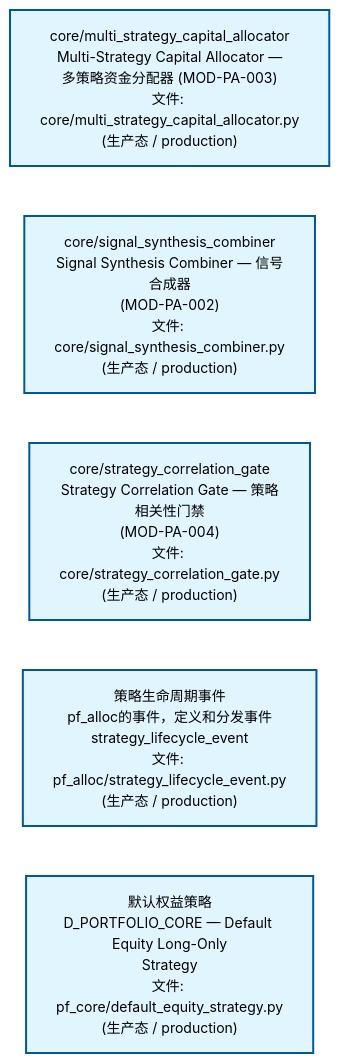
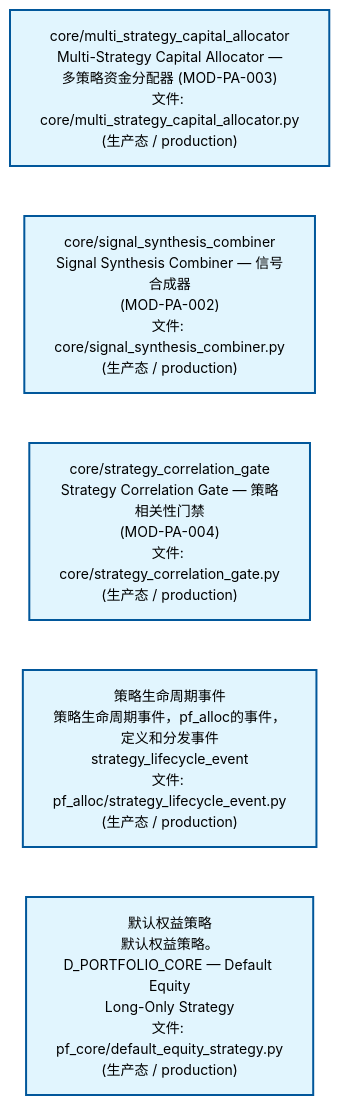
The second of 4 diagrams in docs/02_enterprise_architecture/02_domain_architecture_docs/62_d_pf_alloc.md (xuanFelixVan/ZephyrAlpha), drawn with Mermaid before and after one commit. The commit also changed other lines of this file and 63 other files, not shown here.

````diff
--- a/docs/02_enterprise_architecture/02_domain_architecture_docs/62_d_pf_alloc.md
+++ b/docs/02_enterprise_architecture/02_domain_architecture_docs/62_d_pf_alloc.md
@@ -99,18 +99,18 @@
 ```mermaid
 %%{init: {'theme': 'base', 'themeVariables': {'primaryColor': '#eaeaea', 'primaryTextColor': '#333333', 'primaryBorderColor': '#666666', 'lineColor': '#666666', 'secondaryColor': '#eaeaea', 'tertiaryColor': '#eaeaea', 'fontSize': '14px'}}}%%
 flowchart TD
     src_zephyr_pf_alloc_core_multi_strategy_capital_allocator_py["core/multi_strategy_capital_allocator<br/>Multi-Strategy Capital Allocator —<br/>多策略资金分配器 (MOD-PA-003)<br/>文件: core/multi_strategy_capital_allocator.py<br/>(生产态 / production)"]
     src_zephyr_pf_alloc_core_signal_synthesis_combiner_py["core/signal_synthesis_combiner<br/>Signal Synthesis Combiner — 信号合成器<br/>(MOD-PA-002)<br/>文件: core/signal_synthesis_combiner.py<br/>(生产态 / production)"]
     src_zephyr_pf_alloc_core_strategy_correlation_gate_py["core/strategy_correlation_gate<br/>Strategy Correlation Gate — 策略相关性门禁<br/>(MOD-PA-004)<br/>文件: core/strategy_correlation_gate.py<br/>(生产态 / production)"]
-    src_zephyr_pf_alloc_strategy_lifecycle_event_py["策略生命周期事件<br/>pf_alloc的事件，定义和分发事件<br/>strategy_lifecycle_event<br/>文件: pf_alloc/strategy_lifecycle_event.py<br/>(生产态 / production)"]
-    src_zephyr_pf_core_default_equity_strategy_py["默认权益策略<br/>D_PORTFOLIO_CORE — Default Equity Long-Only<br/>Strategy<br/>文件: pf_core/default_equity_strategy.py<br/>(生产态 / production)"]
+    src_zephyr_pf_alloc_strategy_lifecycle_event_py["策略生命周期事件<br/>策略生命周期事件，pf_alloc的事件，定义和分发事件<br/>strategy_lifecycle_event<br/>文件: pf_alloc/strategy_lifecycle_event.py<br/>(生产态 / production)"]
+    src_zephyr_pf_core_default_equity_strategy_py["默认权益策略<br/>默认权益策略。D_PORTFOLIO_CORE — Default Equity<br/>Long-Only Strategy<br/>文件: pf_core/default_equity_strategy.py<br/>(生产态 / production)"]
     src_zephyr_pf_alloc_core_multi_strategy_capital_allocator_py ~~~ src_zephyr_pf_alloc_core_signal_synthesis_combiner_py
     src_zephyr_pf_alloc_core_signal_synthesis_combiner_py ~~~ src_zephyr_pf_alloc_core_strategy_correlation_gate_py
     src_zephyr_pf_alloc_core_strategy_correlation_gate_py ~~~ src_zephyr_pf_alloc_strategy_lifecycle_event_py
     src_zephyr_pf_alloc_strategy_lifecycle_event_py ~~~ src_zephyr_pf_core_default_equity_strategy_py
     classDef production fill:#e1f5fe,stroke:#01579b,stroke-width:2px,color:#000
     classDef design fill:#fff3e0,stroke:#e65100,stroke-width:2px,color:#000,stroke-dasharray: 5 5
     classDef external_prod fill:#e8f4fd,stroke:#0277bd,stroke-width:1px,color:#000
     classDef external_design fill:#fff8e7,stroke:#ef6c00,stroke-width:1px,color:#000,stroke-dasharray: 5 5
     class src_zephyr_pf_alloc_core_multi_strategy_capital_allocator_py,src_zephyr_pf_alloc_core_signal_synthesis_combiner_py,src_zephyr_pf_alloc_core_strategy_correlation_gate_py,src_zephyr_pf_alloc_strategy_lifecycle_event_py,src_zephyr_pf_core_default_equity_strategy_py production
 ```
````
